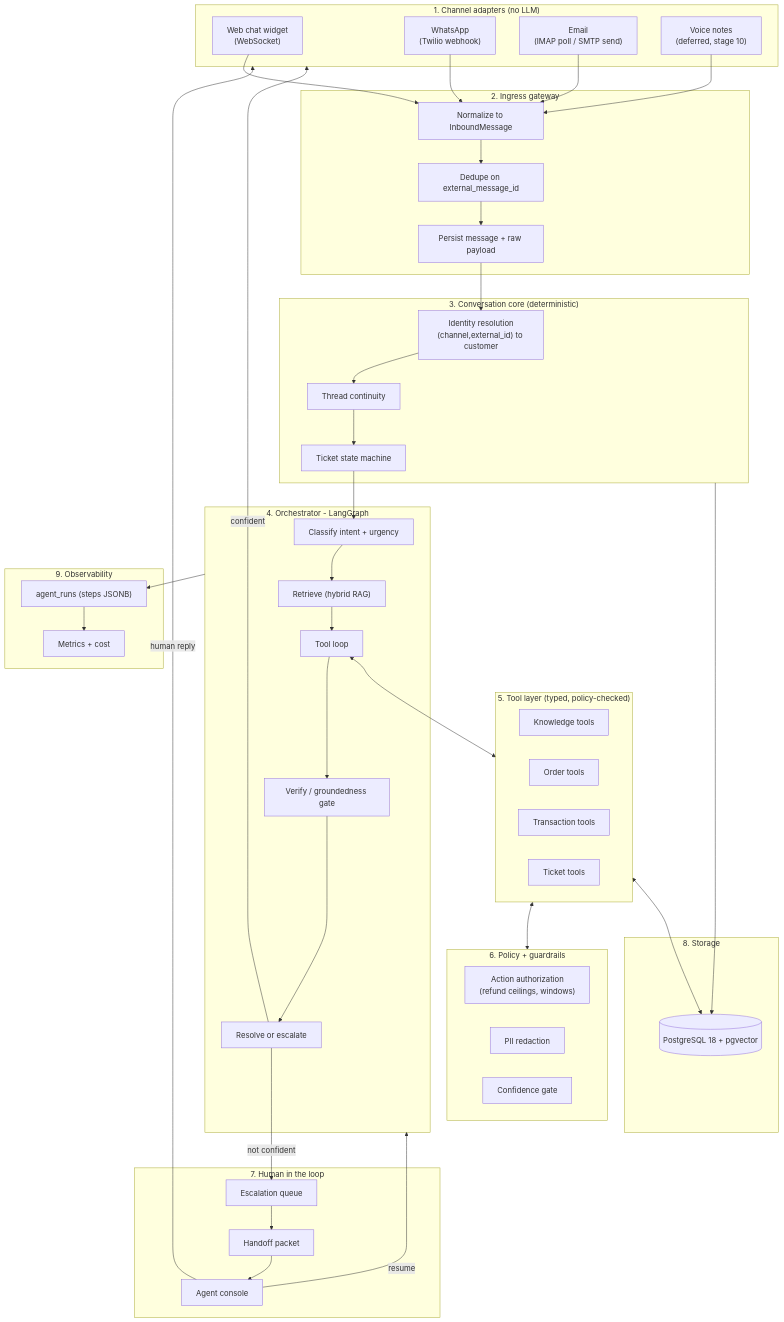
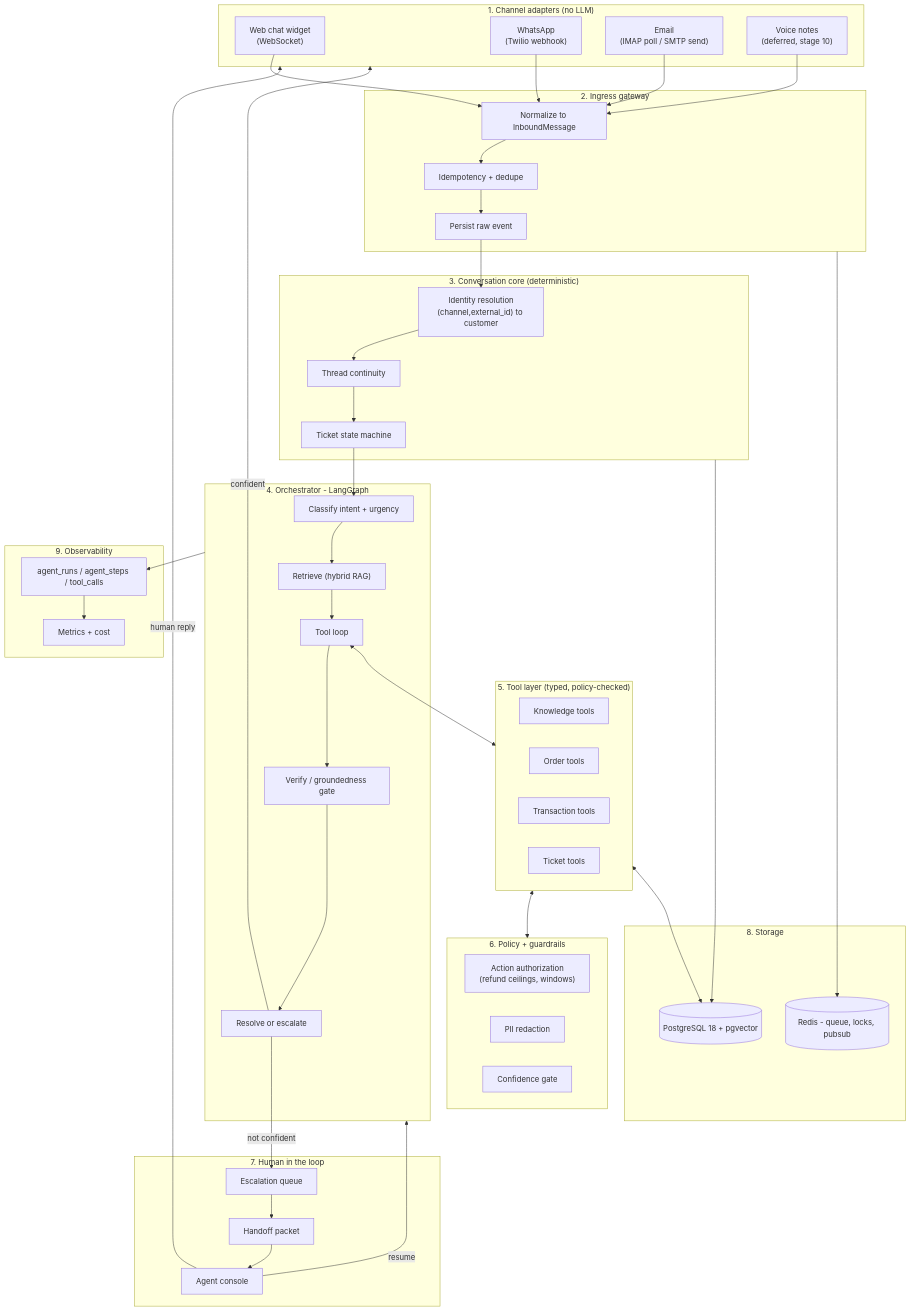
One commit to Sarcastic-Soul/agentic-customer-support-ticket-system changed the first of 3 diagrams in docs/01-architecture.md. Above: the diagram before and after it, drawn with Mermaid. The commit also changed other lines of this file and 11 other files, not shown here.

````diff
--- a/docs/01-architecture.md
+++ b/docs/01-architecture.md
@@ -26,75 +28,77 @@
 ```mermaid
 flowchart TB
     subgraph CH["1. Channel adapters (no LLM)"]
         W["Web chat widget<br/>(WebSocket)"]
         WA["WhatsApp<br/>(Twilio webhook)"]
         EM["Email<br/>(IMAP poll / SMTP send)"]
         VO["Voice notes<br/>(deferred, stage 10)"]
     end
 
     subgraph GW["2. Ingress gateway"]
         NORM["Normalize to InboundMessage"]
-        DEDUP["Dedupe on external_message_id"]
-        RAW["Persist message + raw payload"]
+        DEDUP["Idempotency + dedupe"]
+        RAW["Persist raw event"]
     end
 
     subgraph CORE["3. Conversation core (deterministic)"]
         IDENT["Identity resolution<br/>(channel,external_id) to customer"]
         THREAD["Thread continuity"]
         TSM["Ticket state machine"]
     end
 
     subgraph ORCH["4. Orchestrator - LangGraph"]
         CLS["Classify intent + urgency"]
         RET["Retrieve (hybrid RAG)"]
         ACT["Tool loop"]
         VER["Verify / groundedness gate"]
         DEC["Resolve or escalate"]
     end
 
     subgraph TOOLS["5. Tool layer (typed, policy-checked)"]
         KB["Knowledge tools"]
         ORD["Order tools"]
         TXN["Transaction tools"]
         TKT["Ticket tools"]
     end
 
     subgraph POL["6. Policy + guardrails"]
         AUTH["Action authorization<br/>(refund ceilings, windows)"]
         PII["PII redaction"]
         CONF["Confidence gate"]
     end
 
     subgraph HIL["7. Human in the loop"]
         Q["Escalation queue"]
         PKT["Handoff packet"]
         CON["Agent console"]
     end
 
     subgraph DATA["8. Storage"]
         PG[("PostgreSQL 18 + pgvector")]
+        RD[("Redis - queue, locks, pubsub")]
     end
 
     subgraph OBS["9. Observability"]
-        TR["agent_runs (steps JSONB)"]
+        TR["agent_runs / agent_steps / tool_calls"]
         MET["Metrics + cost"]
     end
 
     W --> NORM
     WA --> NORM
     EM --> NORM
     VO --> NORM
     NORM --> DEDUP --> RAW --> IDENT --> THREAD --> TSM --> CLS
     CLS --> RET --> ACT --> VER --> DEC
     ACT <--> TOOLS
     TOOLS <--> POL
     TOOLS <--> PG
     DEC -->|confident| CH
     DEC -->|not confident| Q
     Q --> PKT --> CON
     CON -->|human reply| CH
     CON -->|resume| ORCH
     ORCH --> TR
     CORE --> PG
+    GW --> RD
     TR --> MET
 ```
````
